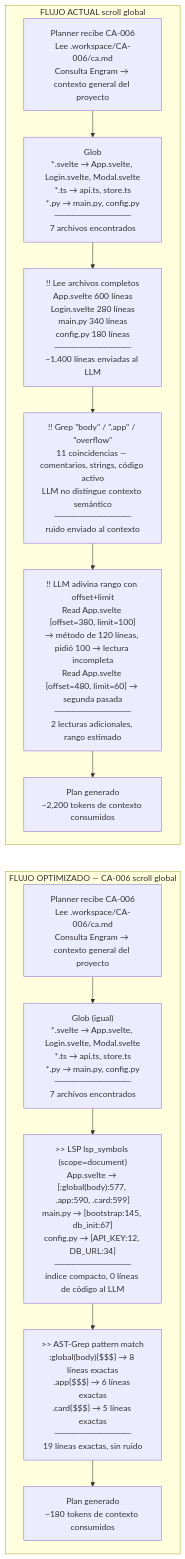
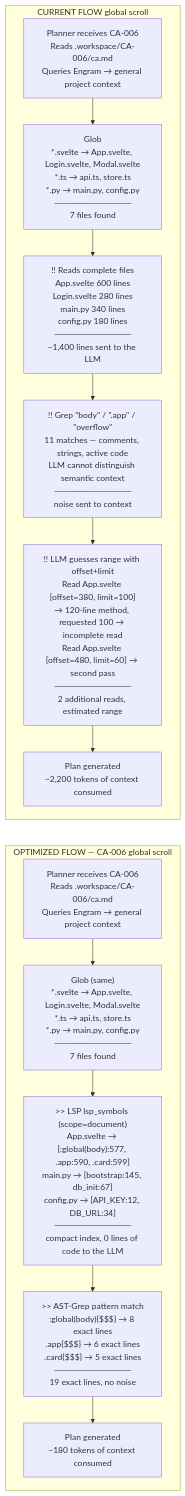
Before and after one commit to Saez520/flowtask: the diagram in docs/architecture/lsp-ast-grep.md, drawn with Mermaid. The commit also changed other lines of this file and 57 other files, not shown here.

````diff
--- a/docs/architecture/lsp-ast-grep.md
+++ b/docs/architecture/lsp-ast-grep.md
@@ -5,25 +5,25 @@
 ```mermaid
 flowchart TD
-    subgraph ACTUAL["FLUJO ACTUAL scroll global"]
-        A1["Planner recibe CA-006<br/>Lee .workspace/CA-006/ca.md<br/>Consulta Engram → contexto general del proyecto"]
-        A2["Glob<br/>*.svelte → App.svelte, Login.svelte, Modal.svelte<br/>*.ts → api.ts, store.ts<br/>*.py → main.py, config.py<br/>────────────<br/>7 archivos encontrados"]
-        A3["!! Lee archivos completos<br/>App.svelte 600 líneas<br/>Login.svelte 280 líneas<br/>main.py 340 líneas<br/>config.py 180 líneas<br/>────────────<br/>~1,400 líneas enviadas al LLM"]
-        A4["!! Grep #quot;body#quot; / #quot;.app#quot; / #quot;overflow#quot;<br/>11 coincidencias — comentarios, strings, código activo<br/>LLM no distingue contexto semántico<br/>────────────<br/>ruido enviado al contexto"]
-        A5["!! LLM adivina rango con offset+limit<br/>Read App.svelte [offset=380, limit=100]<br/>→ método de 120 líneas, pidió 100 → lectura incompleta<br/>Read App.svelte [offset=480, limit=60] → segunda pasada<br/>────────────<br/>2 lecturas adicionales, rango estimado"]
-        A6["Plan generado<br/>~2,200 tokens de contexto consumidos"]
+    subgraph ACTUAL["CURRENT FLOW global scroll"]
+        A1["Planner receives CA-006<br/>Reads .workspace/CA-006/ca.md<br/>Queries Engram → general project context"]
+        A2["Glob<br/>*.svelte → App.svelte, Login.svelte, Modal.svelte<br/>*.ts → api.ts, store.ts<br/>*.py → main.py, config.py<br/>────────────<br/>7 files found"]
+        A3["!! Reads complete files<br/>App.svelte 600 lines<br/>Login.svelte 280 lines<br/>main.py 340 lines<br/>config.py 180 lines<br/>────────────<br/>~1,400 lines sent to the LLM"]
+        A4["!! Grep #quot;body#quot; / #quot;.app#quot; / #quot;overflow#quot;<br/>11 matches — comments, strings, active code<br/>LLM cannot distinguish semantic context<br/>────────────<br/>noise sent to context"]
+        A5["!! LLM guesses range with offset+limit<br/>Read App.svelte [offset=380, limit=100]<br/>→ 120-line method, requested 100 → incomplete read<br/>Read App.svelte [offset=480, limit=60] → second pass<br/>────────────<br/>2 additional reads, estimated range"]
+        A6["Plan generated<br/>~2,200 tokens of context consumed"]
 
         A1 --> A2 --> A3 --> A4 --> A5 --> A6
     end
 
-    subgraph OPTIMIZADO["FLUJO OPTIMIZADO — CA-006 scroll global"]
-        B1["Planner recibe CA-006<br/>Lee .workspace/CA-006/ca.md<br/>Consulta Engram → contexto general del proyecto"]
-        B2["Glob (igual)<br/>*.svelte → App.svelte, Login.svelte, Modal.svelte<br/>*.ts → api.ts, store.ts<br/>*.py → main.py, config.py<br/>────────────<br/>7 archivos encontrados"]
-        B3["&gt;&gt; LSP lsp_symbols (scope=document)<br/>App.svelte → [:global(body):577, .app:590, .card:599]<br/>main.py → [bootstrap:145, db_init:67]<br/>config.py → [API_KEY:12, DB_URL:34]<br/>────────────<br/>índice compacto, 0 líneas de código al LLM"]
-        B4["&gt;&gt; AST-Grep pattern match<br/>:global(body){$$$} → 8 líneas exactas<br/>.app{$$$} → 6 líneas exactas<br/>.card{$$$} → 5 líneas exactas<br/>────────────<br/>19 líneas exactas, sin ruido"]
-        B5["Plan generado<br/>~180 tokens de contexto consumidos"]
+    subgraph OPTIMIZADO["OPTIMIZED FLOW — CA-006 global scroll"]
+        B1["Planner receives CA-006<br/>Reads .workspace/CA-006/ca.md<br/>Queries Engram → general project context"]
+        B2["Glob (same)<br/>*.svelte → App.svelte, Login.svelte, Modal.svelte<br/>*.ts → api.ts, store.ts<br/>*.py → main.py, config.py<br/>────────────<br/>7 files found"]
+        B3["&gt;&gt; LSP lsp_symbols (scope=document)<br/>App.svelte → [:global(body):577, .app:590, .card:599]<br/>main.py → [bootstrap:145, db_init:67]<br/>config.py → [API_KEY:12, DB_URL:34]<br/>────────────<br/>compact index, 0 lines of code to the LLM"]
+        B4["&gt;&gt; AST-Grep pattern match<br/>:global(body){$$$} → 8 exact lines<br/>.app{$$$} → 6 exact lines<br/>.card{$$$} → 5 exact lines<br/>────────────<br/>19 exact lines, no noise"]
+        B5["Plan generated<br/>~180 tokens of context consumed"]
 
         B1 --> B2 --> B3 --> B4 --> B5
     end
 
     A6 ~~~ B1
 ```
````
